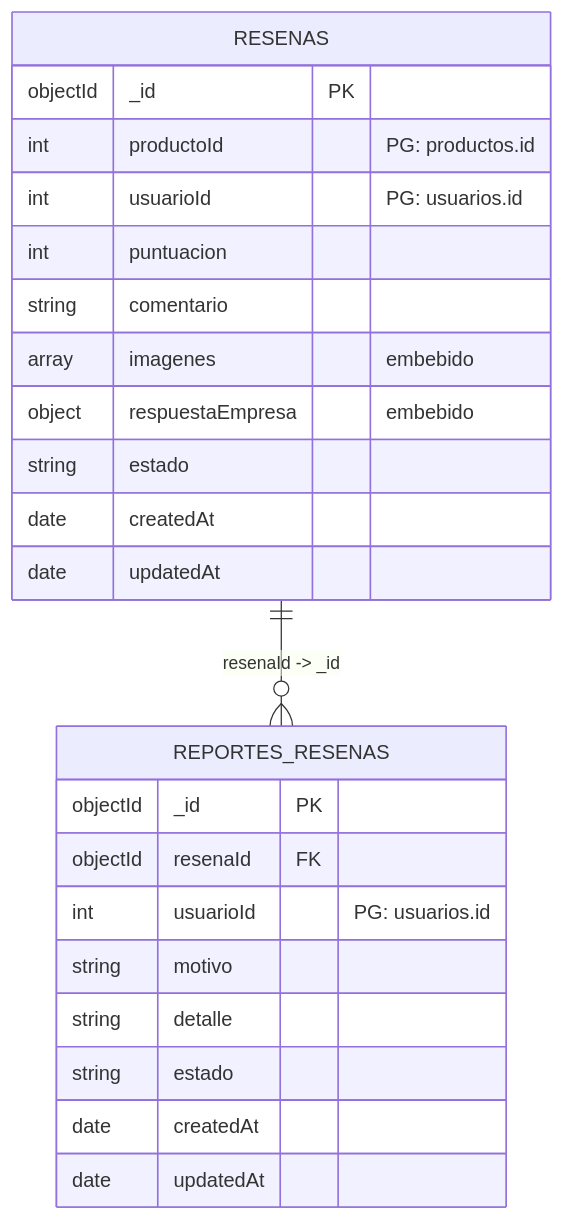
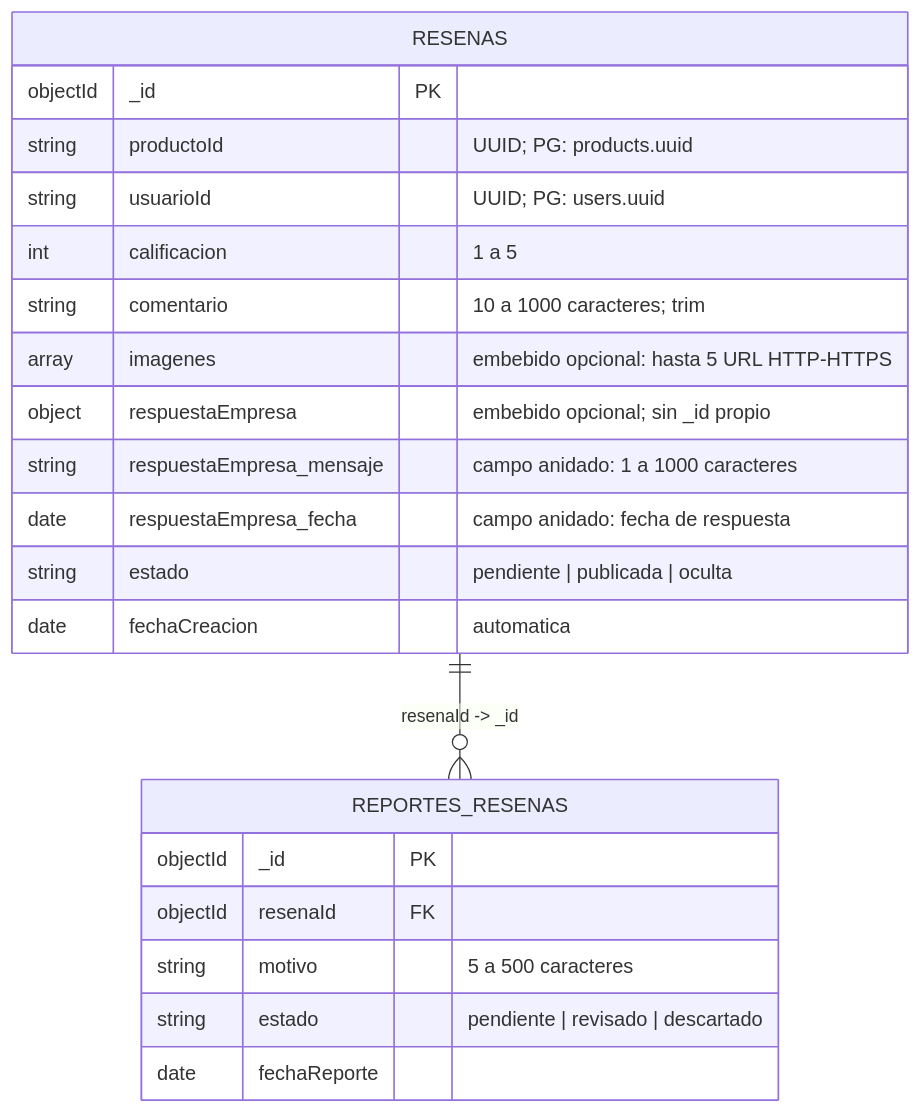
The diagram in docs/u2/diagrama-er-mongodb.md (valemiii/Lab1_Mini_API), drawn with Mermaid before and after one commit. The commit also changed other lines of this file and 2 other files, not shown here.

Commit message:
docs: alinea hitos MongoDB con la implementacion

````diff
--- a/docs/u2/diagrama-er-mongodb.md
+++ b/docs/u2/diagrama-er-mongodb.md
@@ -3,26 +3,24 @@
 ```mermaid
 erDiagram
     RESENAS ||--o{ REPORTES_RESENAS : "resenaId -> _id"
     RESENAS {
         objectId _id PK
-        int productoId "PG: productos.id"
-        int usuarioId "PG: usuarios.id"
-        int puntuacion
-        string comentario
-        array imagenes "embebido"
-        object respuestaEmpresa "embebido"
-        string estado
-        date createdAt
-        date updatedAt
+        string productoId "UUID; PG: products.uuid"
+        string usuarioId "UUID; PG: users.uuid"
+        int calificacion "1 a 5"
+        string comentario "10 a 1000 caracteres; trim"
+        array imagenes "embebido opcional: hasta 5 URL HTTP-HTTPS"
+        object respuestaEmpresa "embebido opcional; sin _id propio"
+        string respuestaEmpresa_mensaje "campo anidado: 1 a 1000 caracteres"
+        date respuestaEmpresa_fecha "campo anidado: fecha de respuesta"
+        string estado "pendiente | publicada | oculta"
+        date fechaCreacion "automatica"
     }
     REPORTES_RESENAS {
         objectId _id PK
         objectId resenaId FK
-        int usuarioId "PG: usuarios.id"
-        string motivo
-        string detalle
-        string estado
-        date createdAt
-        date updatedAt
+        string motivo "5 a 500 caracteres"
+        string estado "pendiente | revisado | descartado"
+        date fechaReporte
     }
 ```
````
